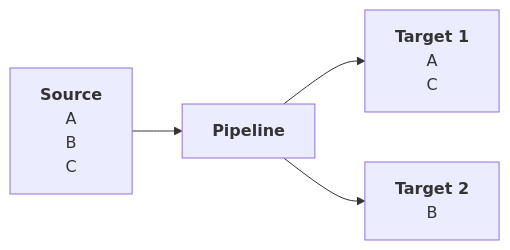
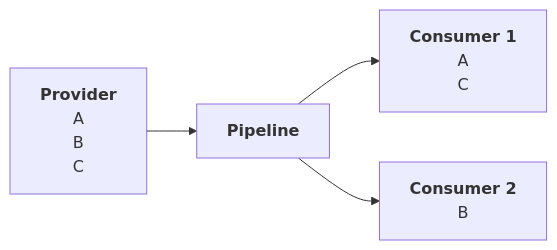
Before and after one commit to VirtualMetric/virtualmetric-docs: the third of 6 diagrams in docs/admin/pipelines/overview.mdx, drawn with Mermaid. The commit also changed other lines of this file and 2 other files, not shown here.

````diff
--- a/docs/admin/pipelines/overview.mdx
+++ b/docs/admin/pipelines/overview.mdx
@@ -62,21 +62,21 @@
 ```mermaid
 %%{init: {"flowchart": {"htmlLabels": false}}}%%
 flowchart LR
-	source["`**Source**
+	provider["`**Provider**
     A
     B
     C
   `"]
  	pipeline["`**Pipeline**`"]
-	target1["`**Target 1**
+	consumer1["`**Consumer 1**
     A
     C
   `"]
-	target2["`**Target 2**
+	consumer2["`**Consumer 2**
     B
   `"]
-	source --> pipeline;
-  pipeline --> target1;
-  pipeline --> target2;
+	provider --> pipeline;
+  pipeline --> consumer1;
+  pipeline --> consumer2;
 
 ```
````
